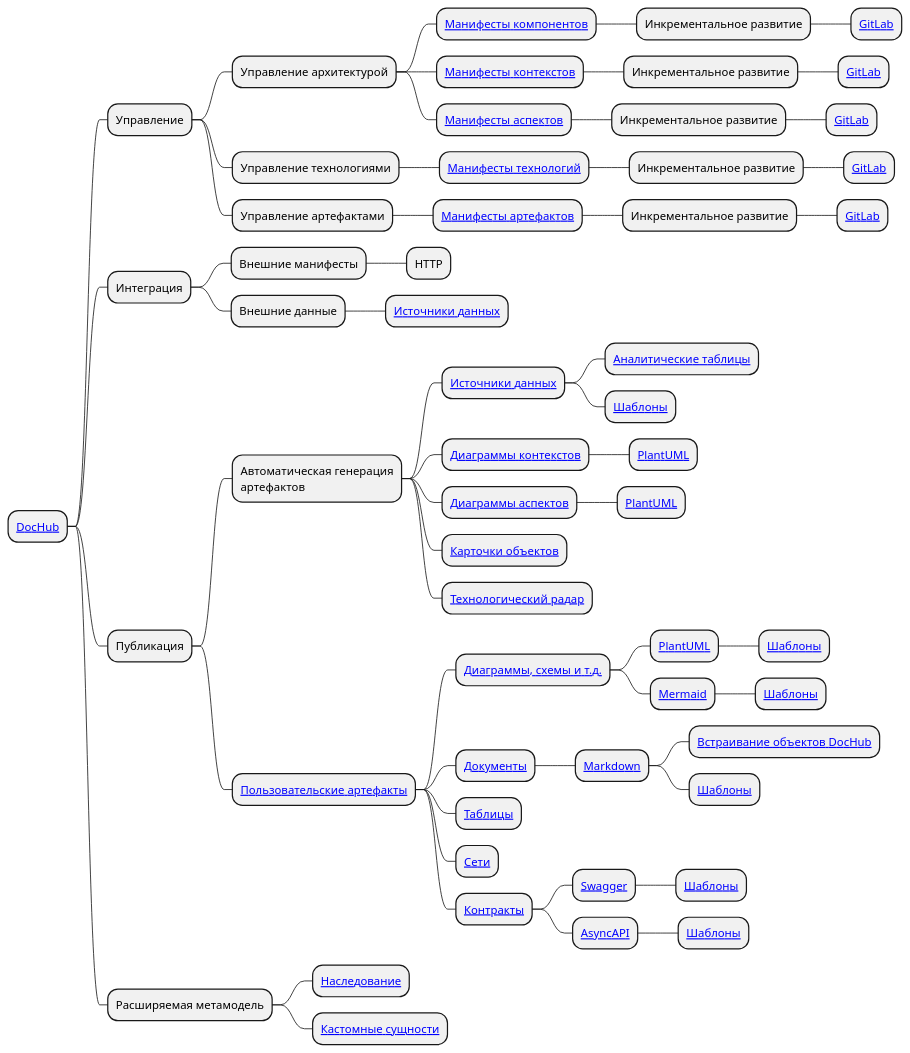
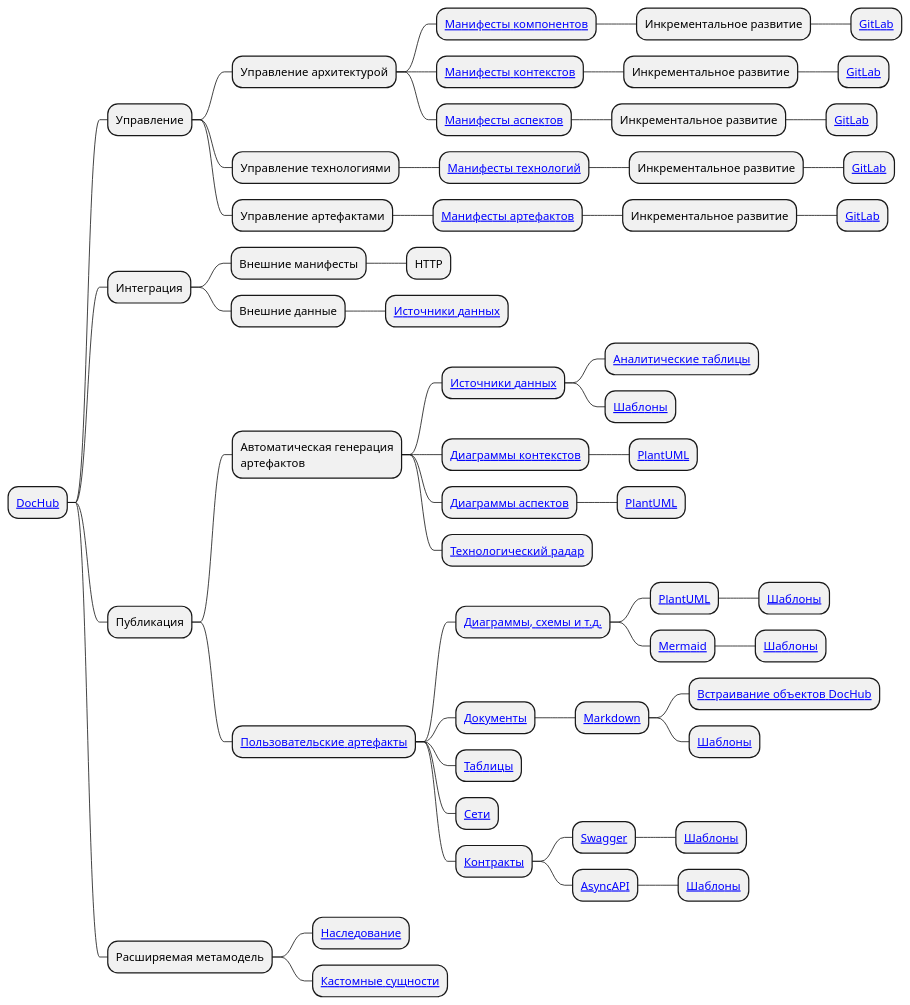
Before and after one commit to ypolosov/DocHub: the diagram in public/documentation/docs/conception/mindmap.puml, drawn with PlantUML. The commit also changed 9 other files, not shown here.

```diff
--- a/public/documentation/docs/conception/mindmap.puml
+++ b/public/documentation/docs/conception/mindmap.puml
@@ -1,58 +1,57 @@
 @startmindmap
 * [[https://github.com/RabotaRu/DocHub DocHub]]
 ** Управление
 *** Управление архитектурой
 **** [[/docs/dochub.components Манифесты компонентов]]
 ***** Инкрементальное развитие
 ****** [[https://about.gitlab.com/ GitLab]]
 **** [[/docs/dochub.contexts Манифесты контекстов]]
 ***** Инкрементальное развитие
 ****** [[https://about.gitlab.com/ GitLab]]
 **** [[/docs/dochub.aspects Манифесты аспектов]]
 ***** Инкрементальное развитие
 ****** [[https://about.gitlab.com/ GitLab]]
 *** Управление технологиями
 **** [[/docs/dochub.technologies Манифесты технологий]]
 ***** Инкрементальное развитие
 ****** [[https://about.gitlab.com/ GitLab]]
 *** Управление артефактами
 **** [[/docs/dochub.docs Манифесты артефактов]]
 ***** Инкрементальное развитие
 ****** [[https://about.gitlab.com/ GitLab]]
 ** Интеграция
 *** Внешние манифесты
 **** HTTP
 *** Внешние данные
 **** [[/docs/dochub.tables Источники данных]]
 ** Публикация
 *** Автоматическая генерация\nартефактов
 **** [[/docs/dochub.datasets Источники данных]]
 ***** [[/docs/dochub.tables Аналитические таблицы]]
 ***** [[/docs/dochub.templates Шаблоны]]
 **** [[/docs/dochub.contexts Диаграммы контекстов]]
 ***** [[https://plantuml.com/ PlantUML]]
 **** [[/docs/dochub.aspects Диаграммы аспектов]]
 ***** [[https://plantuml.com/ PlantUML]]
-**** [[/docs/dochub.forms Карточки объектов]]
 **** [[/docs/dochub.radar Технологический радар]]
 *** [[/docs/dochub.docs Пользовательские артефакты]]
 **** [[/docs/dochub.docs#plantuml Диаграммы, схемы и т.д.]]
 ***** [[/docs/dochub.plantuml PlantUML]]
 ****** [[/docs/dochub.templates Шаблоны]]
 ***** [[/docs/dochub.mermaid Mermaid]]
 ****** [[/docs/dochub.templates Шаблоны]]
 **** [[/docs/dochub.docs#markdown Документы]]
 ***** [[https://ru.wikipedia.org/wiki/Markdown Markdown]]
 ****** [[/docs/dochub.docs#markdown Встраивание объектов DocHub]]
 ****** [[/docs/dochub.templates#markdown Шаблоны]]
 **** [[/docs/dochub.tables Таблицы]]
 **** [[/docs/dochub.network Сети]]
 **** [[/docs/dochub.docs#swagger Контракты]]
 ***** [[https://swagger.io/ Swagger]]
 ****** [[/docs/dochub.templates#openapi Шаблоны]]
 ***** [[https://www.asyncapi.com/ AsyncAPI]]
 ****** [[/docs/dochub.templates#asyncapi Шаблоны]]
 ** Расширяемая метамодель
 *** [[/docs/dochub.inheritance Наследование]]
 *** [[/docs/dochub.entities Кастомные сущности]]
 @endmindmap
```
